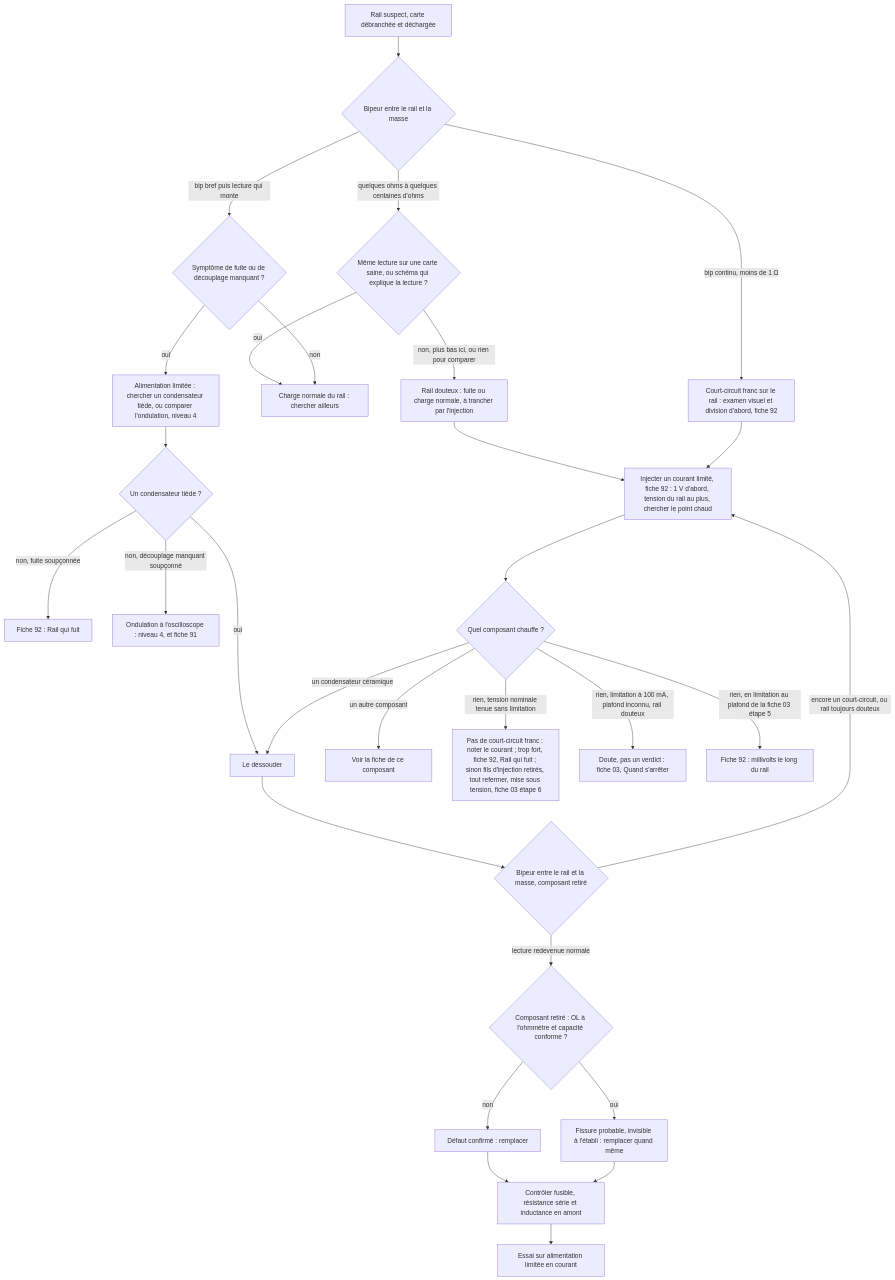
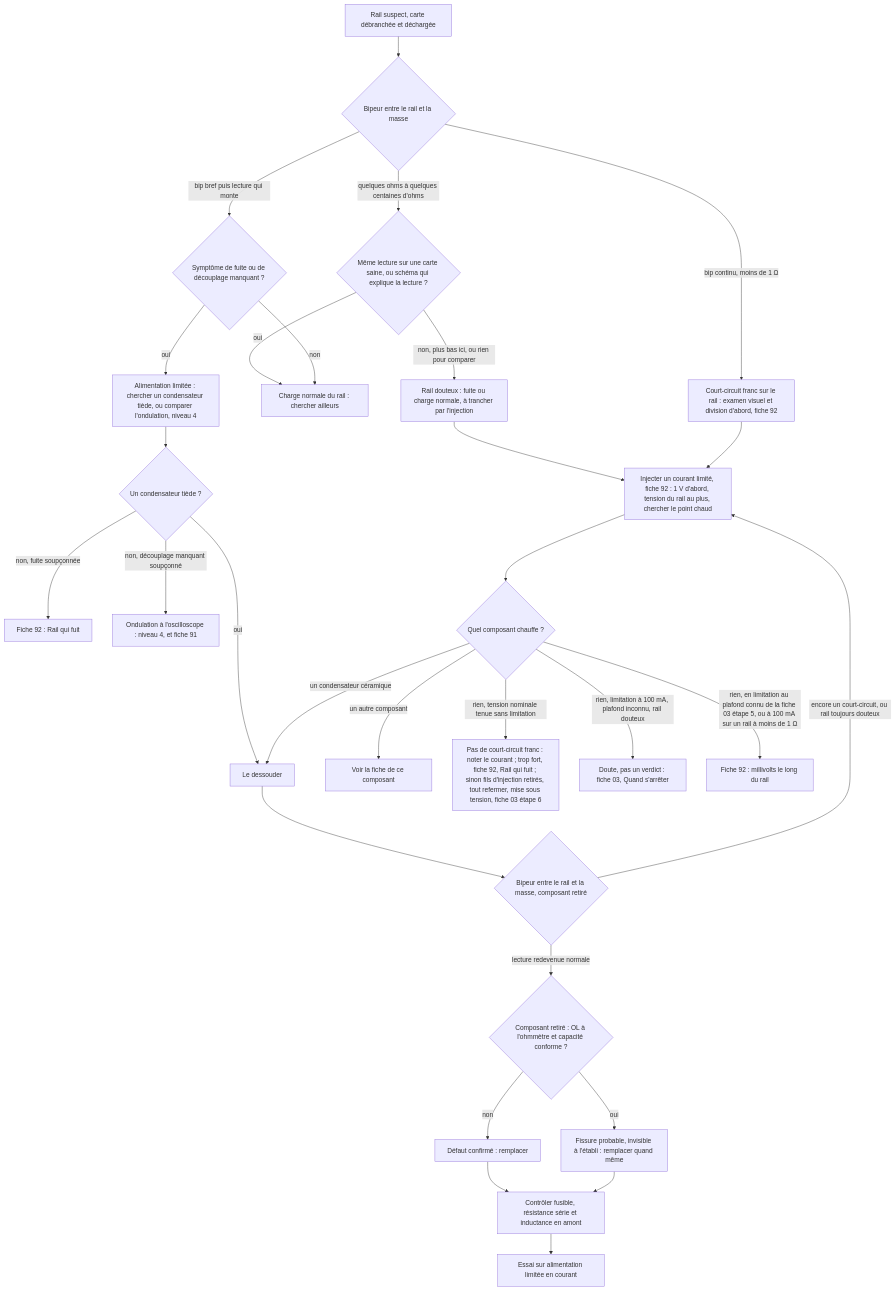
The diagram in troubleshooting/20_condensateur_ceramique/README.md (benoit-bremaud/ohm-sweet-ohm), drawn with Mermaid before and after one commit. The commit also changed 9 other files, not shown here.

````diff
--- a/troubleshooting/20_condensateur_ceramique/README.md
+++ b/troubleshooting/20_condensateur_ceramique/README.md
@@ -166,31 +166,31 @@
 ```mermaid
 flowchart TD
   A[Rail suspect, carte débranchée et déchargée] --> B{Bipeur entre le rail et la masse}
   B -- bip continu, moins de 1 Ω --> C[Court-circuit franc sur le rail : examen visuel et division d'abord, fiche 92]
   B -- quelques ohms à quelques centaines d'ohms --> D{Même lecture sur une carte saine, ou schéma qui explique la lecture ?}
   D -- oui --> E[Charge normale du rail : chercher ailleurs]
   D -- non, plus bas ici, ou rien pour comparer --> C2[Rail douteux : fuite ou charge normale, à trancher par l'injection]
   C2 --> H
   B -- bip bref puis lecture qui monte --> F{Symptôme de fuite ou de découplage manquant ?}
   F -- non --> E
   F -- oui --> G[Alimentation limitée : chercher un condensateur tiède, ou comparer l'ondulation, niveau 4]
   G --> G2{Un condensateur tiède ?}
   G2 -- oui --> J
   G2 -- non, fuite soupçonnée --> ZC[Fiche 92 : Rail qui fuit]
   G2 -- non, découplage manquant soupçonné --> ZD[Ondulation à l'oscilloscope : niveau 4, et fiche 91]
   C --> H[Injecter un courant limité, fiche 92 : 1 V d'abord, tension du rail au plus, chercher le point chaud]
   H --> I{Quel composant chauffe ?}
   I -- un condensateur céramique --> J[Le dessouder]
   I -- un autre composant --> K[Voir la fiche de ce composant]
   I -- rien, tension nominale tenue sans limitation --> ZA[Pas de court-circuit franc : noter le courant ; trop fort, fiche 92, Rail qui fuit ; sinon fils d'injection retirés, tout refermer, mise sous tension, fiche 03 étape 6]
   I -- rien, limitation à 100 mA, plafond inconnu, rail douteux --> ZB[Doute, pas un verdict : fiche 03, Quand s'arrêter]
-  I -- rien, en limitation au plafond de la fiche 03 étape 5 --> L[Fiche 92 : millivolts le long du rail]
+  I -- rien, en limitation au plafond connu de la fiche 03 étape 5, ou à 100 mA sur un rail à moins de 1 Ω --> L[Fiche 92 : millivolts le long du rail]
   J --> M{Bipeur entre le rail et la masse, composant retiré}
   M -- encore un court-circuit, ou rail toujours douteux --> H
   M -- lecture redevenue normale --> N{Composant retiré : OL à l'ohmmètre et capacité conforme ?}
   N -- non --> O[Défaut confirmé : remplacer]
   N -- oui --> P[Fissure probable, invisible à l'établi : remplacer quand même]
   O --> Q[Contrôler fusible, résistance série et inductance en amont]
   P --> Q
   Q --> R[Essai sur alimentation limitée en courant]
 ```
````
